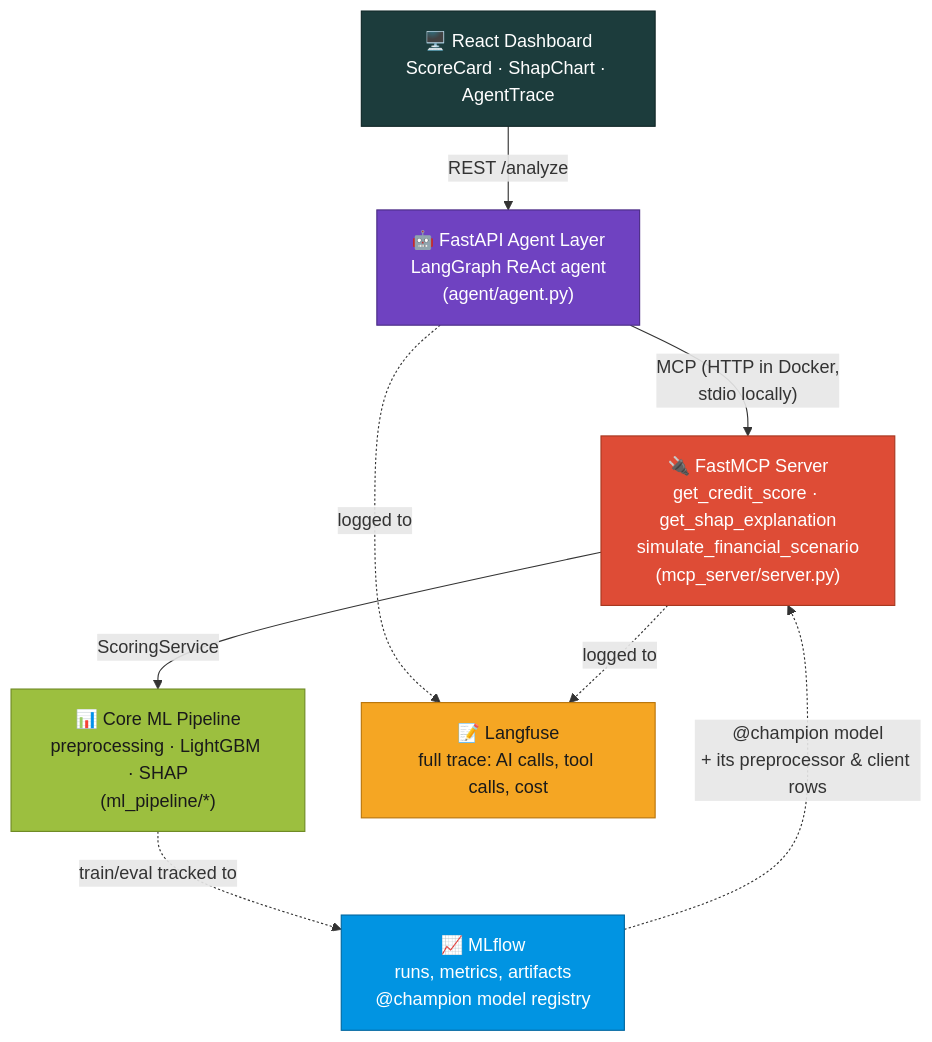
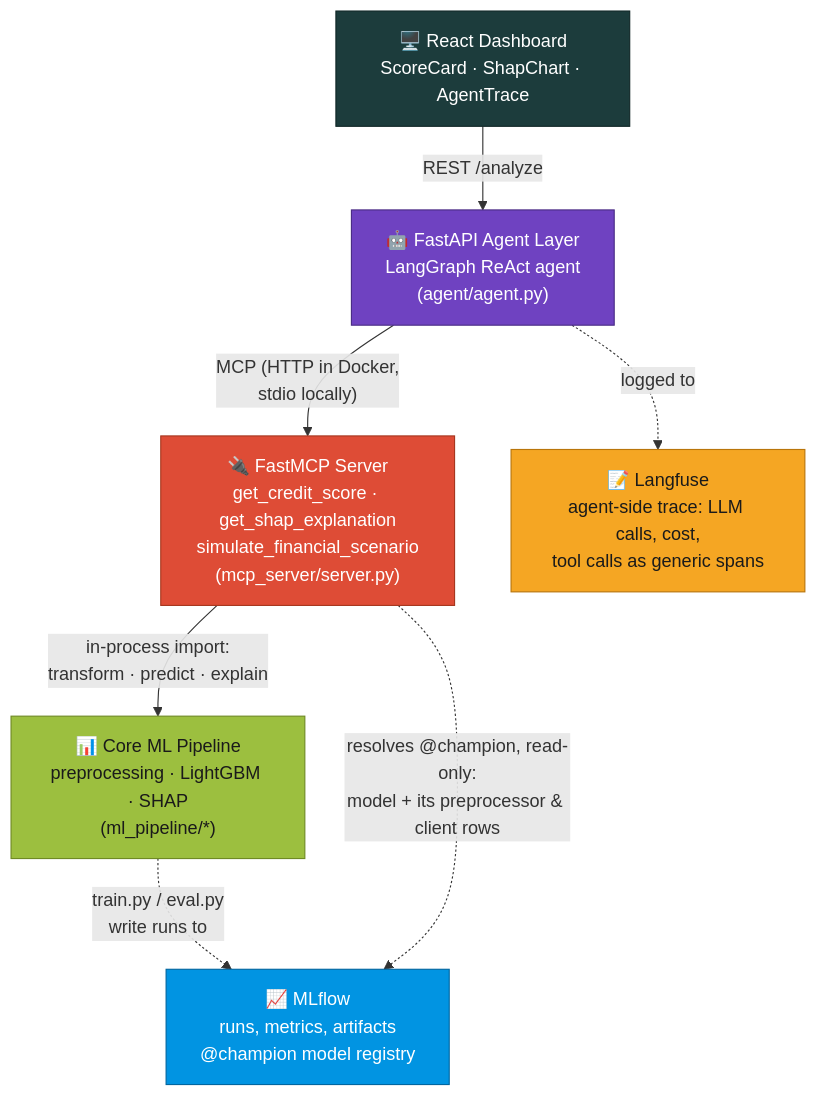
The diagram in README.md (Totm33606/finrisk-agent), drawn with Mermaid before and after one commit. The commit also changed other lines of this file and 13 other files, not shown here.

````diff
--- a/README.md
+++ b/README.md
@@ -118,31 +119,30 @@
 ```mermaid
 flowchart TD
     UI["🖥️ React Dashboard<br/>ScoreCard · ShapChart · AgentTrace"]
     API["🤖 FastAPI Agent Layer<br/>LangGraph ReAct agent<br/>(agent/agent.py)"]
     MCP["🔌 FastMCP Server<br/>get_credit_score · get_shap_explanation<br/>simulate_financial_scenario<br/>(mcp_server/server.py)"]
     ML["📊 Core ML Pipeline<br/>preprocessing · LightGBM · SHAP<br/>(ml_pipeline/*)"]
-    LF["📝 Langfuse<br/>full trace: AI calls, tool calls, cost"]
+    LF["📝 Langfuse<br/>agent-side trace: LLM calls, cost,<br/>tool calls as generic spans"]
     MLF["📈 MLflow<br/>runs, metrics, artifacts<br/>@champion model registry"]
 
     UI -->|"REST /analyze"| API
     API -->|"MCP (HTTP in Docker,<br/>stdio locally)"| MCP
-    MCP -->|"ScoringService"| ML
+    MCP -->|"in-process import:<br/>transform · predict · explain"| ML
     API -.->|"logged to"| LF
-    MCP -.->|"logged to"| LF
-    ML -.->|"train/eval tracked to"| MLF
-    MLF -.->|"@champion model<br/>+ its preprocessor &amp; client rows"| MCP
+    ML -.->|"train.py / eval.py<br/>write runs to"| MLF
+    MCP -.->|"resolves @champion, read-only:<br/>model + its preprocessor &amp; client rows"| MLF
 
     classDef ui fill:#1c3c3c,stroke:#0f2626,color:#ffffff
     classDef agent fill:#6f42c1,stroke:#4a2c85,color:#ffffff
     classDef mcp fill:#de4c36,stroke:#a6371f,color:#ffffff
     classDef ml fill:#9cbf3f,stroke:#6f8a24,color:#1a1a1a
     classDef obs fill:#f5a623,stroke:#b9750a,color:#1a1a1a
     classDef mlops fill:#0194e2,stroke:#0166a0,color:#ffffff
 
     class UI ui
     class API agent
     class MCP mcp
     class ML ml
     class LF obs
     class MLF mlops
 ```
````
